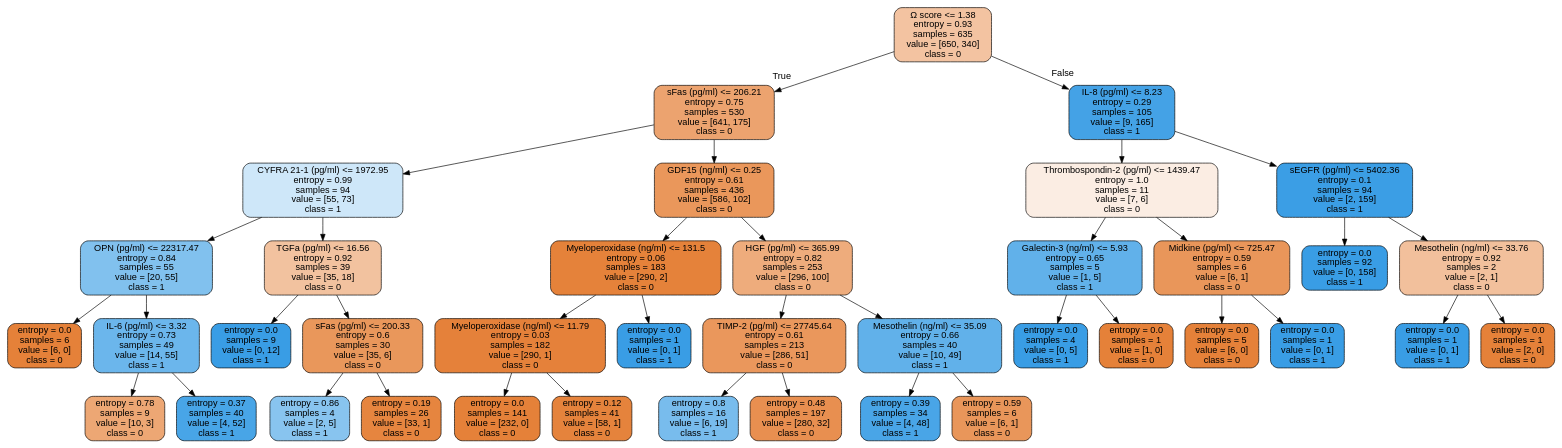
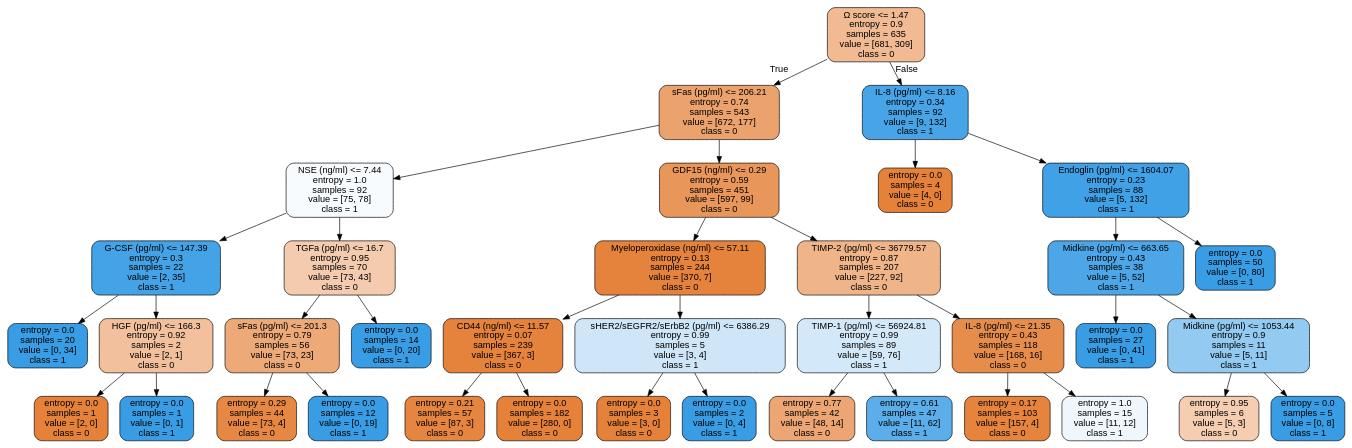
The diagram in dem_tree.dot (ChrisWilhelm/MachineLearningFinalProject), drawn with Graphviz before and after one commit. The commit also changed 19 other files, not shown here.

```diff
--- a/dem_tree.dot
+++ b/dem_tree.dot
@@ -1,81 +1,77 @@
 digraph Tree {
 node [shape=box, style="filled, rounded", color="black", fontname="helvetica"] ;
 edge [fontname="helvetica"] ;
-0 [label="Ω score <= 1.38\nentropy = 0.93\nsamples = 635\nvalue = [650, 340]\nclass = 0", fillcolor="#f3c3a1"] ;
-1 [label="sFas (pg/ml) <= 206.21\nentropy = 0.75\nsamples = 530\nvalue = [641, 175]\nclass = 0", fillcolor="#eca36f"] ;
+0 [label="Ω score <= 1.47\nentropy = 0.9\nsamples = 635\nvalue = [681, 309]\nclass = 0", fillcolor="#f1ba93"] ;
+1 [label="sFas (pg/ml) <= 206.21\nentropy = 0.74\nsamples = 543\nvalue = [672, 177]\nclass = 0", fillcolor="#eca26d"] ;
 0 -> 1 [labeldistance=2.5, labelangle=45, headlabel="True"] ;
-2 [label="CYFRA 21-1 (pg/ml) <= 1972.95\nentropy = 0.99\nsamples = 94\nvalue = [55, 73]\nclass = 1", fillcolor="#cee7f9"] ;
+2 [label="NSE (ng/ml) <= 7.44\nentropy = 1.0\nsamples = 92\nvalue = [75, 78]\nclass = 1", fillcolor="#f7fbfe"] ;
 1 -> 2 ;
-3 [label="OPN (pg/ml) <= 22317.47\nentropy = 0.84\nsamples = 55\nvalue = [20, 55]\nclass = 1", fillcolor="#81c1ee"] ;
+3 [label="G-CSF (pg/ml) <= 147.39\nentropy = 0.3\nsamples = 22\nvalue = [2, 35]\nclass = 1", fillcolor="#44a3e6"] ;
 2 -> 3 ;
-4 [label="entropy = 0.0\nsamples = 6\nvalue = [6, 0]\nclass = 0", fillcolor="#e58139"] ;
+4 [label="entropy = 0.0\nsamples = 20\nvalue = [0, 34]\nclass = 1", fillcolor="#399de5"] ;
 3 -> 4 ;
-5 [label="IL-6 (pg/ml) <= 3.32\nentropy = 0.73\nsamples = 49\nvalue = [14, 55]\nclass = 1", fillcolor="#6bb6ec"] ;
+5 [label="HGF (pg/ml) <= 166.3\nentropy = 0.92\nsamples = 2\nvalue = [2, 1]\nclass = 0", fillcolor="#f2c09c"] ;
 3 -> 5 ;
-6 [label="entropy = 0.78\nsamples = 9\nvalue = [10, 3]\nclass = 0", fillcolor="#eda774"] ;
+6 [label="entropy = 0.0\nsamples = 1\nvalue = [2, 0]\nclass = 0", fillcolor="#e58139"] ;
 5 -> 6 ;
-7 [label="entropy = 0.37\nsamples = 40\nvalue = [4, 52]\nclass = 1", fillcolor="#48a5e7"] ;
+7 [label="entropy = 0.0\nsamples = 1\nvalue = [0, 1]\nclass = 1", fillcolor="#399de5"] ;
 5 -> 7 ;
-8 [label="TGFa (pg/ml) <= 16.56\nentropy = 0.92\nsamples = 39\nvalue = [35, 18]\nclass = 0", fillcolor="#f2c29f"] ;
+8 [label="TGFa (pg/ml) <= 16.7\nentropy = 0.95\nsamples = 70\nvalue = [73, 43]\nclass = 0", fillcolor="#f4cbae"] ;
 2 -> 8 ;
-9 [label="entropy = 0.0\nsamples = 9\nvalue = [0, 12]\nclass = 1", fillcolor="#399de5"] ;
+9 [label="sFas (pg/ml) <= 201.3\nentropy = 0.79\nsamples = 56\nvalue = [73, 23]\nclass = 0", fillcolor="#eda977"] ;
 8 -> 9 ;
-10 [label="sFas (pg/ml) <= 200.33\nentropy = 0.6\nsamples = 30\nvalue = [35, 6]\nclass = 0", fillcolor="#e9975b"] ;
-8 -> 10 ;
-11 [label="entropy = 0.86\nsamples = 4\nvalue = [2, 5]\nclass = 1", fillcolor="#88c4ef"] ;
-10 -> 11 ;
-12 [label="entropy = 0.19\nsamples = 26\nvalue = [33, 1]\nclass = 0", fillcolor="#e6853f"] ;
-10 -> 12 ;
-13 [label="GDF15 (ng/ml) <= 0.25\nentropy = 0.61\nsamples = 436\nvalue = [586, 102]\nclass = 0", fillcolor="#ea975b"] ;
+10 [label="entropy = 0.29\nsamples = 44\nvalue = [73, 4]\nclass = 0", fillcolor="#e68844"] ;
+9 -> 10 ;
+11 [label="entropy = 0.0\nsamples = 12\nvalue = [0, 19]\nclass = 1", fillcolor="#399de5"] ;
+9 -> 11 ;
+12 [label="entropy = 0.0\nsamples = 14\nvalue = [0, 20]\nclass = 1", fillcolor="#399de5"] ;
+8 -> 12 ;
+13 [label="GDF15 (ng/ml) <= 0.29\nentropy = 0.59\nsamples = 451\nvalue = [597, 99]\nclass = 0", fillcolor="#e9965a"] ;
 1 -> 13 ;
-14 [label="Myeloperoxidase (ng/ml) <= 131.5\nentropy = 0.06\nsamples = 183\nvalue = [290, 2]\nclass = 0", fillcolor="#e5823a"] ;
+14 [label="Myeloperoxidase (ng/ml) <= 57.11\nentropy = 0.13\nsamples = 244\nvalue = [370, 7]\nclass = 0", fillcolor="#e5833d"] ;
 13 -> 14 ;
-15 [label="Myeloperoxidase (ng/ml) <= 11.79\nentropy = 0.03\nsamples = 182\nvalue = [290, 1]\nclass = 0", fillcolor="#e5813a"] ;
+15 [label="CD44 (ng/ml) <= 11.57\nentropy = 0.07\nsamples = 239\nvalue = [367, 3]\nclass = 0", fillcolor="#e5823b"] ;
 14 -> 15 ;
-16 [label="entropy = 0.0\nsamples = 141\nvalue = [232, 0]\nclass = 0", fillcolor="#e58139"] ;
+16 [label="entropy = 0.21\nsamples = 57\nvalue = [87, 3]\nclass = 0", fillcolor="#e68540"] ;
 15 -> 16 ;
-17 [label="entropy = 0.12\nsamples = 41\nvalue = [58, 1]\nclass = 0", fillcolor="#e5833c"] ;
+17 [label="entropy = 0.0\nsamples = 182\nvalue = [280, 0]\nclass = 0", fillcolor="#e58139"] ;
 15 -> 17 ;
-18 [label="entropy = 0.0\nsamples = 1\nvalue = [0, 1]\nclass = 1", fillcolor="#399de5"] ;
+18 [label="sHER2/sEGFR2/sErbB2 (pg/ml) <= 6386.29\nentropy = 0.99\nsamples = 5\nvalue = [3, 4]\nclass = 1", fillcolor="#cee6f8"] ;
 14 -> 18 ;
-19 [label="HGF (pg/ml) <= 365.99\nentropy = 0.82\nsamples = 253\nvalue = [296, 100]\nclass = 0", fillcolor="#eeac7c"] ;
-13 -> 19 ;
-20 [label="TIMP-2 (pg/ml) <= 27745.64\nentropy = 0.61\nsamples = 213\nvalue = [286, 51]\nclass = 0", fillcolor="#ea975c"] ;
-19 -> 20 ;
-21 [label="entropy = 0.8\nsamples = 16\nvalue = [6, 19]\nclass = 1", fillcolor="#78bced"] ;
-20 -> 21 ;
-22 [label="entropy = 0.48\nsamples = 197\nvalue = [280, 32]\nclass = 0", fillcolor="#e88f50"] ;
-20 -> 22 ;
-23 [label="Mesothelin (ng/ml) <= 35.09\nentropy = 0.66\nsamples = 40\nvalue = [10, 49]\nclass = 1", fillcolor="#61b1ea"] ;
-19 -> 23 ;
-24 [label="entropy = 0.39\nsamples = 34\nvalue = [4, 48]\nclass = 1", fillcolor="#49a5e7"] ;
-23 -> 24 ;
-25 [label="entropy = 0.59\nsamples = 6\nvalue = [6, 1]\nclass = 0", fillcolor="#e9965a"] ;
-23 -> 25 ;
-26 [label="IL-8 (pg/ml) <= 8.23\nentropy = 0.29\nsamples = 105\nvalue = [9, 165]\nclass = 1", fillcolor="#44a2e6"] ;
-0 -> 26 [labeldistance=2.5, labelangle=-45, headlabel="False"] ;
-27 [label="Thrombospondin-2 (pg/ml) <= 1439.47\nentropy = 1.0\nsamples = 11\nvalue = [7, 6]\nclass = 0", fillcolor="#fbede3"] ;
-26 -> 27 ;
-28 [label="Galectin-3 (ng/ml) <= 5.93\nentropy = 0.65\nsamples = 5\nvalue = [1, 5]\nclass = 1", fillcolor="#61b1ea"] ;
-27 -> 28 ;
-29 [label="entropy = 0.0\nsamples = 4\nvalue = [0, 5]\nclass = 1", fillcolor="#399de5"] ;
+19 [label="entropy = 0.0\nsamples = 3\nvalue = [3, 0]\nclass = 0", fillcolor="#e58139"] ;
+18 -> 19 ;
+20 [label="entropy = 0.0\nsamples = 2\nvalue = [0, 4]\nclass = 1", fillcolor="#399de5"] ;
+18 -> 20 ;
+21 [label="TIMP-2 (pg/ml) <= 36779.57\nentropy = 0.87\nsamples = 207\nvalue = [227, 92]\nclass = 0", fillcolor="#f0b489"] ;
+13 -> 21 ;
+22 [label="TIMP-1 (pg/ml) <= 56924.81\nentropy = 0.99\nsamples = 89\nvalue = [59, 76]\nclass = 1", fillcolor="#d3e9f9"] ;
+21 -> 22 ;
+23 [label="entropy = 0.77\nsamples = 42\nvalue = [48, 14]\nclass = 0", fillcolor="#eda673"] ;
+22 -> 23 ;
+24 [label="entropy = 0.61\nsamples = 47\nvalue = [11, 62]\nclass = 1", fillcolor="#5caeea"] ;
+22 -> 24 ;
+25 [label="IL-8 (pg/ml) <= 21.35\nentropy = 0.43\nsamples = 118\nvalue = [168, 16]\nclass = 0", fillcolor="#e78d4c"] ;
+21 -> 25 ;
+26 [label="entropy = 0.17\nsamples = 103\nvalue = [157, 4]\nclass = 0", fillcolor="#e6843e"] ;
+25 -> 26 ;
+27 [label="entropy = 1.0\nsamples = 15\nvalue = [11, 12]\nclass = 1", fillcolor="#eff7fd"] ;
+25 -> 27 ;
+28 [label="IL-8 (pg/ml) <= 8.16\nentropy = 0.34\nsamples = 92\nvalue = [9, 132]\nclass = 1", fillcolor="#46a4e7"] ;
+0 -> 28 [labeldistance=2.5, labelangle=-45, headlabel="False"] ;
+29 [label="entropy = 0.0\nsamples = 4\nvalue = [4, 0]\nclass = 0", fillcolor="#e58139"] ;
 28 -> 29 ;
-30 [label="entropy = 0.0\nsamples = 1\nvalue = [1, 0]\nclass = 0", fillcolor="#e58139"] ;
+30 [label="Endoglin (pg/ml) <= 1604.07\nentropy = 0.23\nsamples = 88\nvalue = [5, 132]\nclass = 1", fillcolor="#40a1e6"] ;
 28 -> 30 ;
-31 [label="Midkine (pg/ml) <= 725.47\nentropy = 0.59\nsamples = 6\nvalue = [6, 1]\nclass = 0", fillcolor="#e9965a"] ;
-27 -> 31 ;
-32 [label="entropy = 0.0\nsamples = 5\nvalue = [6, 0]\nclass = 0", fillcolor="#e58139"] ;
+31 [label="Midkine (pg/ml) <= 663.65\nentropy = 0.43\nsamples = 38\nvalue = [5, 52]\nclass = 1", fillcolor="#4ca6e8"] ;
+30 -> 31 ;
+32 [label="entropy = 0.0\nsamples = 27\nvalue = [0, 41]\nclass = 1", fillcolor="#399de5"] ;
 31 -> 32 ;
-33 [label="entropy = 0.0\nsamples = 1\nvalue = [0, 1]\nclass = 1", fillcolor="#399de5"] ;
+33 [label="Midkine (pg/ml) <= 1053.44\nentropy = 0.9\nsamples = 11\nvalue = [5, 11]\nclass = 1", fillcolor="#93caf1"] ;
 31 -> 33 ;
-34 [label="sEGFR (pg/ml) <= 5402.36\nentropy = 0.1\nsamples = 94\nvalue = [2, 159]\nclass = 1", fillcolor="#3b9ee5"] ;
-26 -> 34 ;
-35 [label="entropy = 0.0\nsamples = 92\nvalue = [0, 158]\nclass = 1", fillcolor="#399de5"] ;
-34 -> 35 ;
-36 [label="Mesothelin (ng/ml) <= 33.76\nentropy = 0.92\nsamples = 2\nvalue = [2, 1]\nclass = 0", fillcolor="#f2c09c"] ;
-34 -> 36 ;
-37 [label="entropy = 0.0\nsamples = 1\nvalue = [0, 1]\nclass = 1", fillcolor="#399de5"] ;
-36 -> 37 ;
-38 [label="entropy = 0.0\nsamples = 1\nvalue = [2, 0]\nclass = 0", fillcolor="#e58139"] ;
-36 -> 38 ;
+34 [label="entropy = 0.95\nsamples = 6\nvalue = [5, 3]\nclass = 0", fillcolor="#f5cdb0"] ;
+33 -> 34 ;
+35 [label="entropy = 0.0\nsamples = 5\nvalue = [0, 8]\nclass = 1", fillcolor="#399de5"] ;
+33 -> 35 ;
+36 [label="entropy = 0.0\nsamples = 50\nvalue = [0, 80]\nclass = 1", fillcolor="#399de5"] ;
+30 -> 36 ;
 }
```
